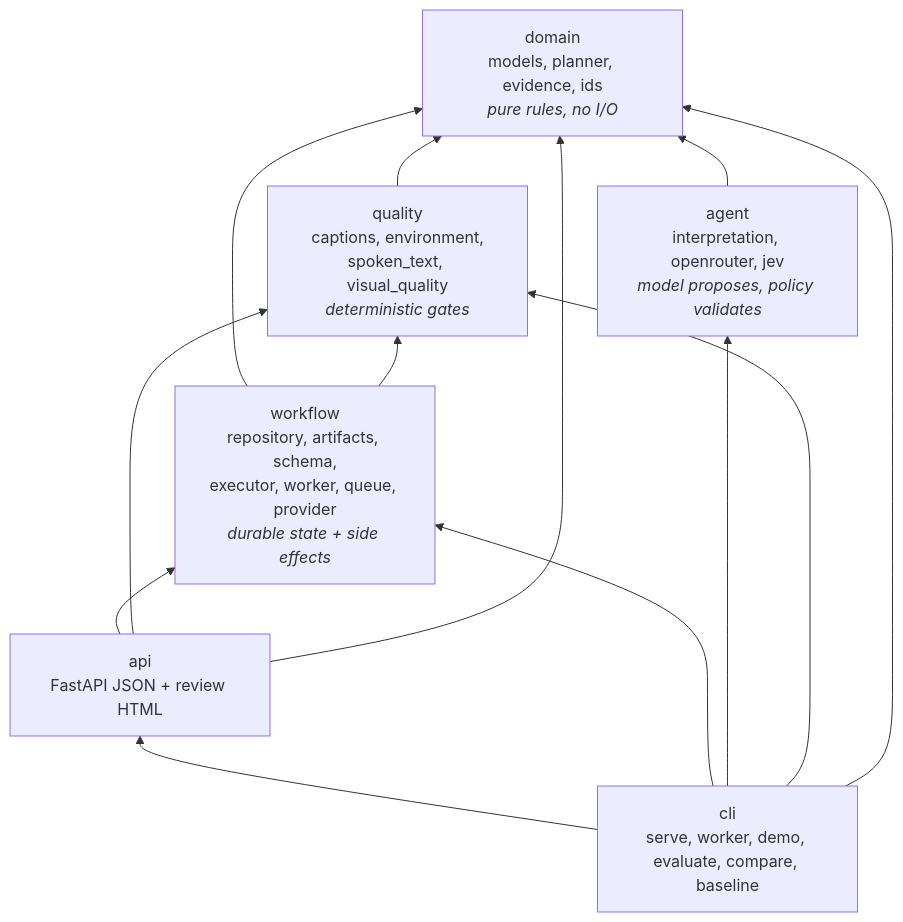
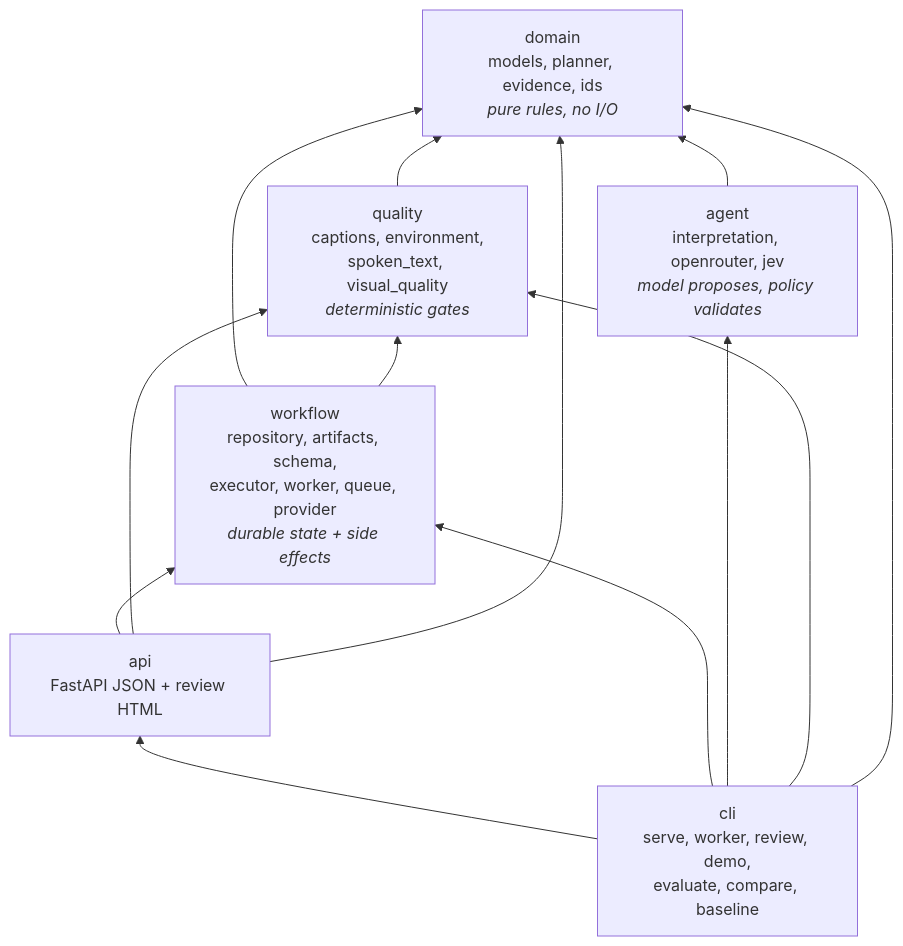
One commit to woolnerd/media-qc-agent changed the fourth of 15 diagrams in docs/diagrams.md. Above: the diagram before and after it, drawn with Mermaid. The commit also changed other lines of this file and 1 other file, not shown here.

First line of the commit message:
docs(diagrams): add evaluation and observability, fix lifecycle gaps

````diff
--- a/docs/diagrams.md
+++ b/docs/diagrams.md
@@ -173,22 +175,22 @@
 ```mermaid
 flowchart BT
     domain["domain<br/>models, planner, evidence, ids<br/><i>pure rules, no I/O</i>"]
     quality["quality<br/>captions, environment,<br/>spoken_text, visual_quality<br/><i>deterministic gates</i>"]
     agent["agent<br/>interpretation, openrouter, jev<br/><i>model proposes, policy validates</i>"]
     workflow["workflow<br/>repository, artifacts, schema,<br/>executor, worker, queue, provider<br/><i>durable state + side effects</i>"]
     api["api<br/>FastAPI JSON + review HTML"]
-    cli["cli<br/>serve, worker, demo, evaluate, compare, baseline"]
+    cli["cli<br/>serve, worker, review, demo,<br/>evaluate, compare, baseline"]
 
     quality --> domain
     agent --> domain
     workflow --> domain
     workflow --> quality
     api --> workflow
     api --> quality
     api --> domain
     cli --> api
     cli --> workflow
     cli --> agent
     cli --> quality
     cli --> domain
 ```
````
